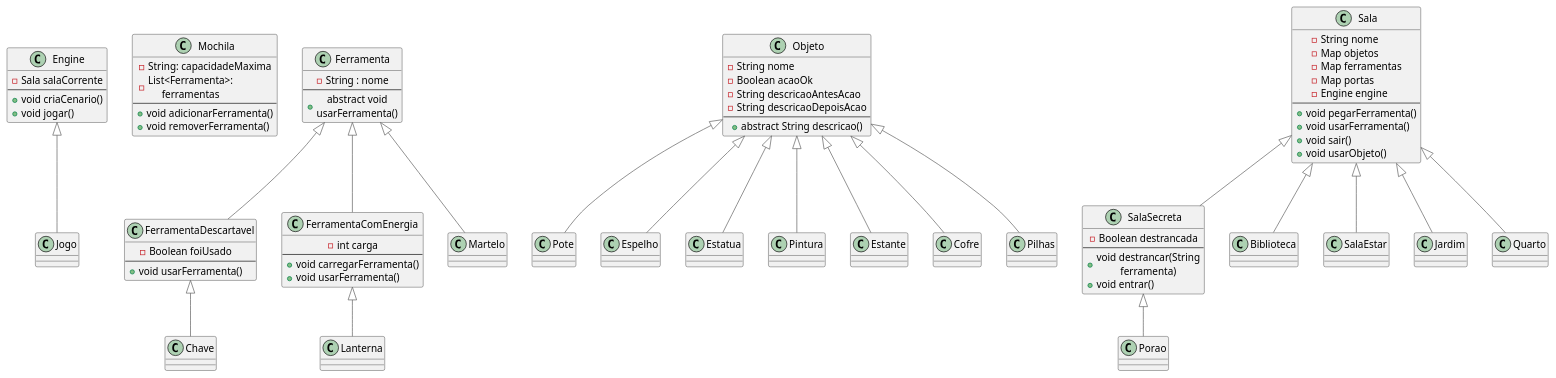
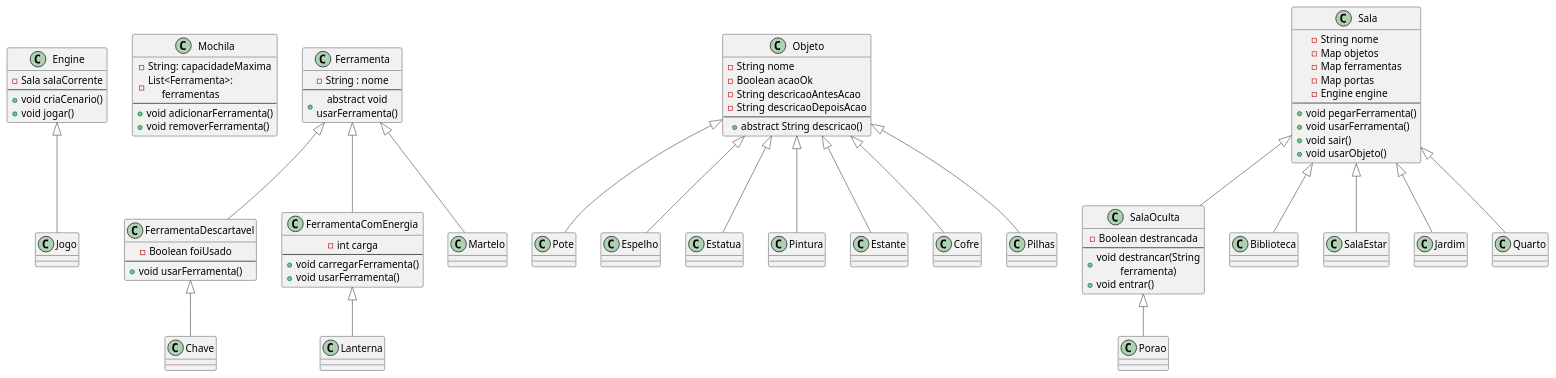
The diagram in drgClasses.puml (juliakriedte/G12_TF), drawn with PlantUML before and after one commit. The commit also changed 6 other files, not shown here.

```diff
--- a/drgClasses.puml
+++ b/drgClasses.puml
@@ -1,91 +1,91 @@
 @startuml C4_Elements
 !include https://raw.githubusercontent.com/plantuml-stdlib/C4-PlantUML/master/C4_Container.puml
 
 class Engine {
     -Sala salaCorrente
     --
     +void criaCenario()
     +void jogar()
 }
 
 class Mochila {
     -String: capacidadeMaxima
     -List<Ferramenta>: ferramentas
     --
     +void adicionarFerramenta()
     +void removerFerramenta()
 }
 
 class Ferramenta {
     -String : nome
     --
     +abstract void usarFerramenta()
 }
 
 class FerramentaDescartavel extends Ferramenta {
     -Boolean foiUsado
     --
     +void usarFerramenta()
 }
 
 class FerramentaComEnergia extends Ferramenta {
     -int carga
     --
     +void carregarFerramenta()
     +void usarFerramenta()
 }
 
 class Objeto {
     -String nome
     -Boolean acaoOk
     -String descricaoAntesAcao
     -String descricaoDepoisAcao
     --
     +abstract String descricao()
 }
 
 class Sala {
     -String nome
     -Map objetos
     -Map ferramentas
     -Map portas
     -Engine engine
     --
     +void pegarFerramenta()
     +void usarFerramenta()
     +void sair()
     +void usarObjeto()
 }
 
-class SalaSecreta extends Sala {
+class SalaOculta extends Sala {
     -Boolean destrancada
     --
     +void destrancar(String ferramenta)
     +void entrar()
 }
 
 
 'Ferramentas
 class Lanterna extends FerramentaComEnergia
 class Chave extends FerramentaDescartavel
 class Martelo extends Ferramenta
 
 'Objetos
 class Pote extends Objeto
 class Espelho extends Objeto
 class Estatua extends Objeto
 class Pintura extends Objeto
 class Estante extends Objeto
 class Cofre extends Objeto
 class Pilhas extends Objeto
 
 'Salas
 class Biblioteca extends Sala
-class Porao extends SalaSecreta
+class Porao extends SalaOculta
 class SalaEstar extends Sala
 class Jardim extends Sala
 class Quarto extends Sala
 
 Engine <|-- Jogo
 
 @enduml
```
